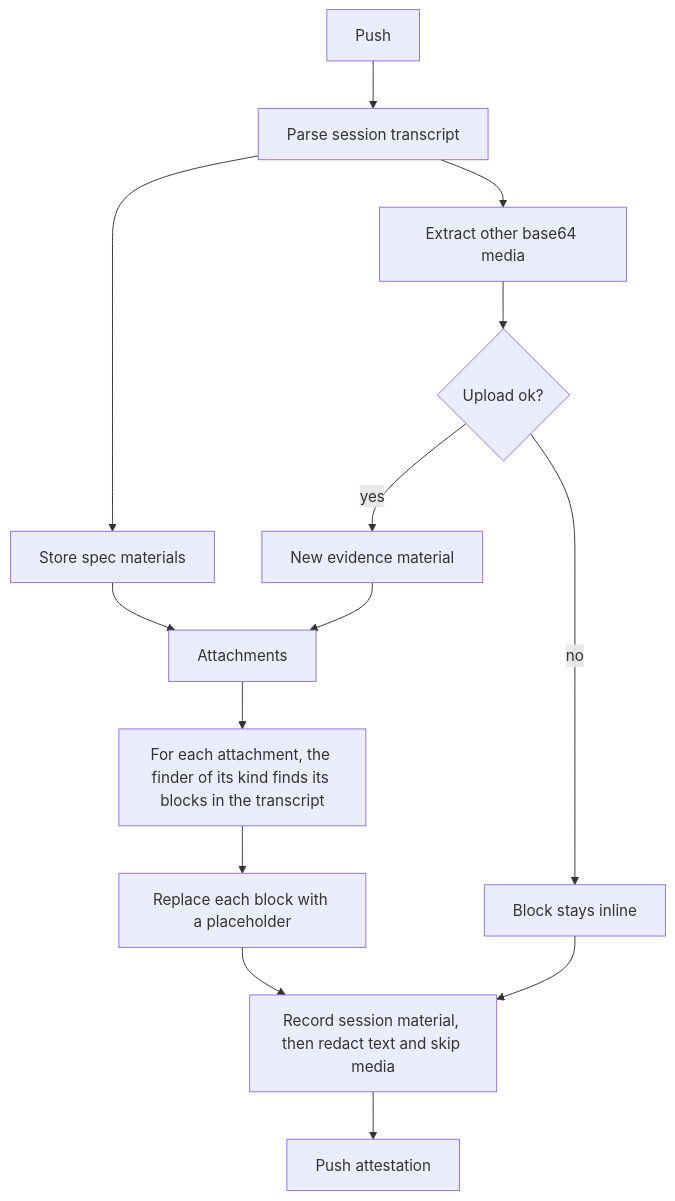
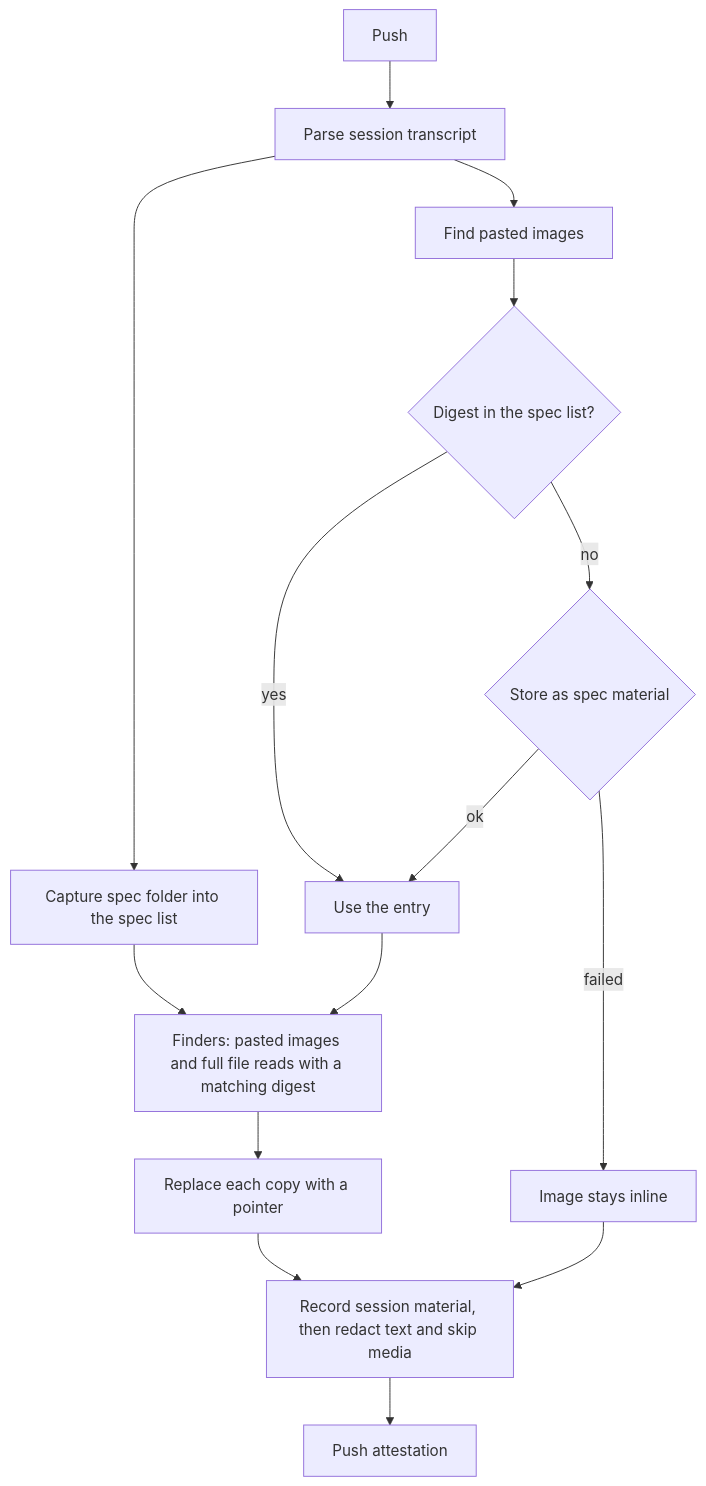
Before and after one commit to chainloop-dev/chainloop: the diagram in docs/specs/issue-3556-session-image-placeholders.md, drawn with Mermaid. The commit also changed other lines of this file, not shown here.

First line of the commit message:
spec: issue-3556 limit replacement to spec sources, capture pasted images, minimal pointer

````diff
--- a/docs/specs/issue-3556-session-image-placeholders.md
+++ b/docs/specs/issue-3556-session-image-placeholders.md
@@ -96,16 +154,17 @@
 ```mermaid
 flowchart TD
     A[Push] --> B[Parse session transcript]
-    B --> C[Store spec materials]
-    B --> D[Extract other base64 media]
-    D --> E{Upload ok?}
-    E -->|no| K[Block stays inline]
-    E -->|yes| F[New evidence material]
-    C --> G[Attachments]
-    F --> G
-    G --> H[For each attachment, the finder of its kind finds its blocks in the transcript]
-    H --> J[Replace each block with a placeholder]
+    B --> C[Capture spec folder into the spec list]
+    B --> D[Find pasted images]
+    D --> E{Digest in the spec list?}
+    E -->|yes| G[Use the entry]
+    E -->|no| F{Store as spec material}
+    F -->|ok| G
+    F -->|failed| K[Image stays inline]
+    C --> H[Finders: pasted images and full file reads with a matching digest]
+    G --> H
+    H --> J[Replace each copy with a pointer]
     J --> L[Record session material, then redact text and skip media]
     K --> L
     L --> M[Push attestation]
 ```
````
